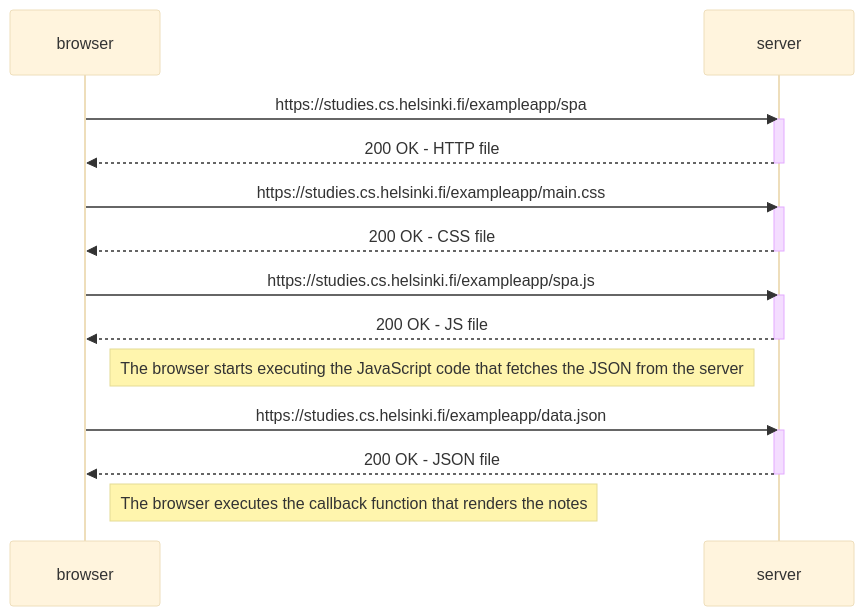
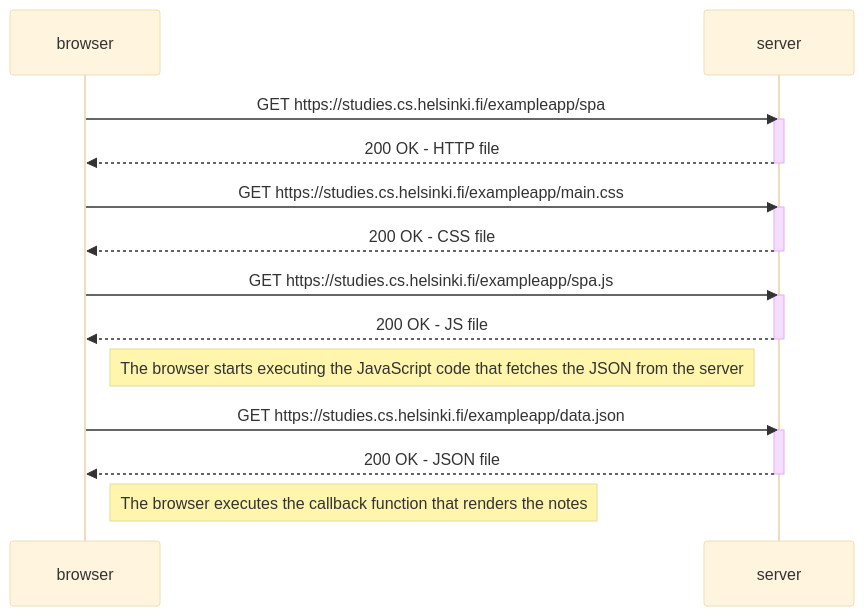
The diagram in part00/05_single_page_app.md (Slohis/FullS), drawn with Mermaid (base theme) before and after one commit.

Commit message:
Fixed diagram details

````diff
--- a/part00/05_single_page_app.md
+++ b/part00/05_single_page_app.md
@@ -1,30 +1,30 @@
 ```mermaid
 sequenceDiagram
     participant browser
     participant server
     
-    browser->>server: https://studies.cs.helsinki.fi/exampleapp/spa
+    browser->>server: GET https://studies.cs.helsinki.fi/exampleapp/spa
     activate server
     server-->>browser: 200 OK - HTTP file
     deactivate server
     
-    browser->>server: https://studies.cs.helsinki.fi/exampleapp/main.css
+    browser->>server: GET https://studies.cs.helsinki.fi/exampleapp/main.css
     activate server
     server-->>browser: 200 OK - CSS file
     deactivate server
 
-    browser->>server: https://studies.cs.helsinki.fi/exampleapp/spa.js
+    browser->>server: GET https://studies.cs.helsinki.fi/exampleapp/spa.js
     activate server
     server-->>browser: 200 OK - JS file
     deactivate server
 
     Note right of browser: The browser starts executing the JavaScript code that fetches the JSON from the server
 
-    browser->>server: https://studies.cs.helsinki.fi/exampleapp/data.json
+    browser->>server: GET https://studies.cs.helsinki.fi/exampleapp/data.json
     activate server
     server-->>browser: 200 OK - JSON file
     deactivate server
     
     Note right of browser: The browser executes the callback function that renders the notes 
  
 ```
````
